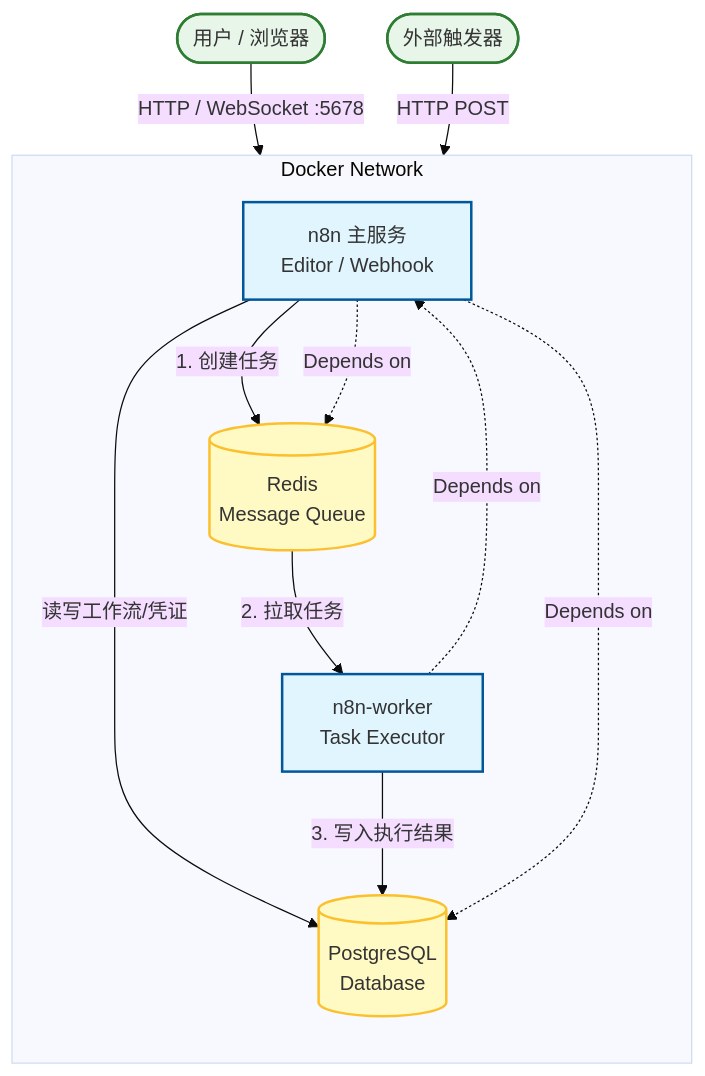
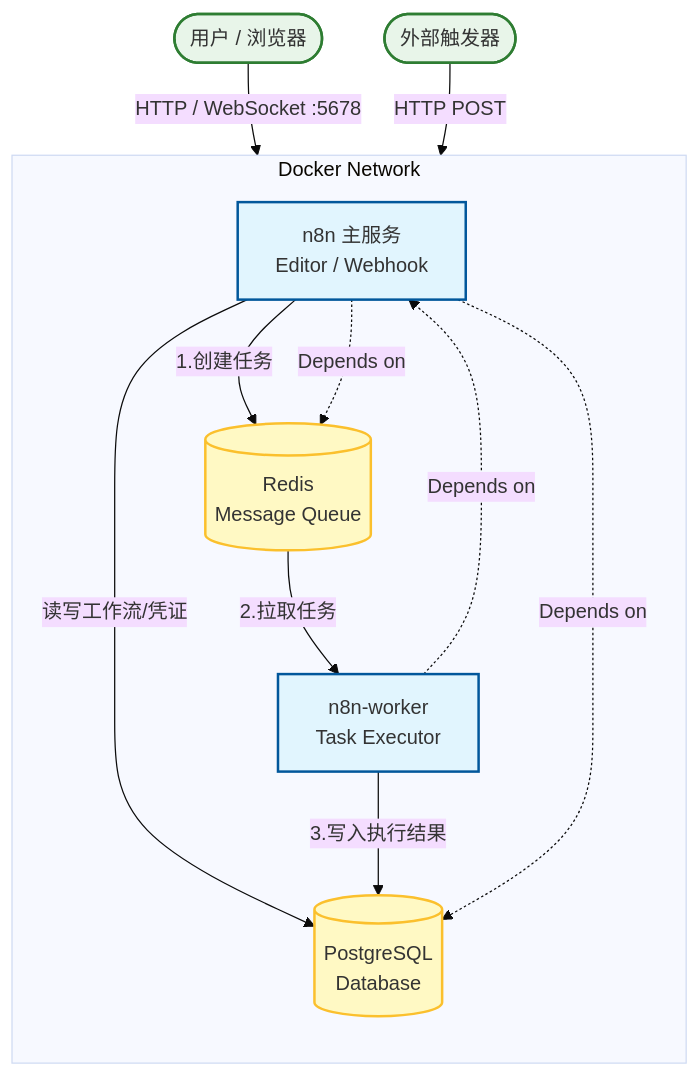
The diagram in docs/components.md (wheat2021/n8n), drawn with Mermaid (base theme) before and after one commit. The commit also changed 7 other files, not shown here.

````diff
--- a/docs/components.md
+++ b/docs/components.md
@@ -47,34 +47,34 @@
 ```mermaid
 graph TD
     %% 定义样式
     classDef service fill:#e1f5fe,stroke:#01579b,stroke-width:2px
     classDef storage fill:#fff9c4,stroke:#fbc02d,stroke-width:2px
     classDef user fill:#e8f5e9,stroke:#2e7d32,stroke-width:2px
 
     User(["用户 / 浏览器"]):::user
     Webhook(["外部触发器"]):::user
 
     subgraph Docker["Docker Network"]
         direction TB
         N8N["n8n 主服务<br/>Editor / Webhook"]:::service
         Worker["n8n-worker<br/>Task Executor"]:::service
         Redis[("Redis<br/>Message Queue")]:::storage
         DB[("PostgreSQL<br/>Database")]:::storage
     end
 
     %% 交互关系
     User -->|"HTTP / WebSocket :5678"| N8N
     Webhook -->|"HTTP POST"| N8N
 
     %% 内部逻辑
-    N8N -->|"1. 创建任务"| Redis
-    Redis -->|"2. 拉取任务"| Worker
+    N8N -->|"1.创建任务"| Redis
+    Redis -->|"2.拉取任务"| Worker
     
     N8N -->|"读写工作流/凭证"| DB
-    Worker -->|"3. 写入执行结果"| DB
+    Worker -->|"3.写入执行结果"| DB
 
     %% 依赖声明
     N8N -.->|"Depends on"| Redis
     N8N -.->|"Depends on"| DB
     Worker -.->|"Depends on"| N8N
 ```
````
